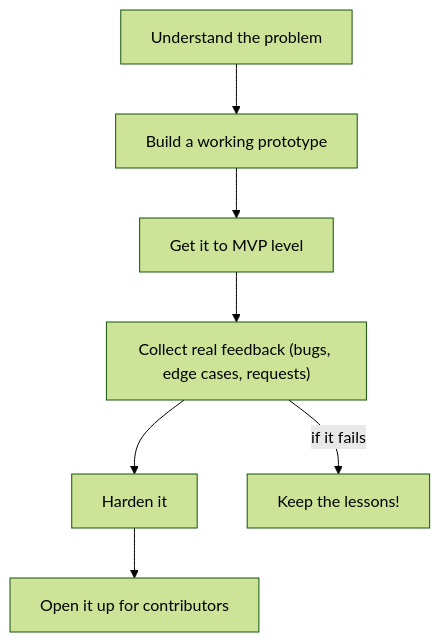
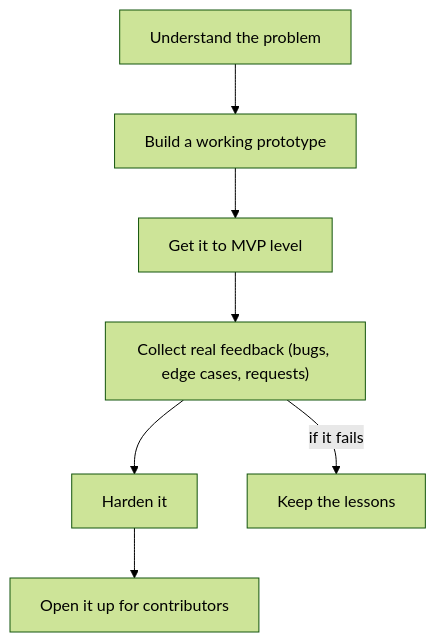
One commit to udaycodespace/udaycodespace changed the second of 2 diagrams in README.md. Above: the diagram before and after it, drawn with Mermaid (forest theme). The commit also changed other lines of this file, not shown here.

````diff
--- a/README.md
+++ b/README.md
@@ -123,9 +124,9 @@
 ```mermaid
 flowchart TD
     A["Understand the problem"] --> B["Build a working prototype"]
     B --> C["Get it to MVP level"]
     C --> D["Collect real feedback (bugs, edge cases, requests)"]
     D --> E["Harden it"]
     E --> F["Open it up for contributors"]
-    D -->|if it fails| G["Keep the lessons!"]
+    D -->|if it fails| G["Keep the lessons"]
 ```
````
